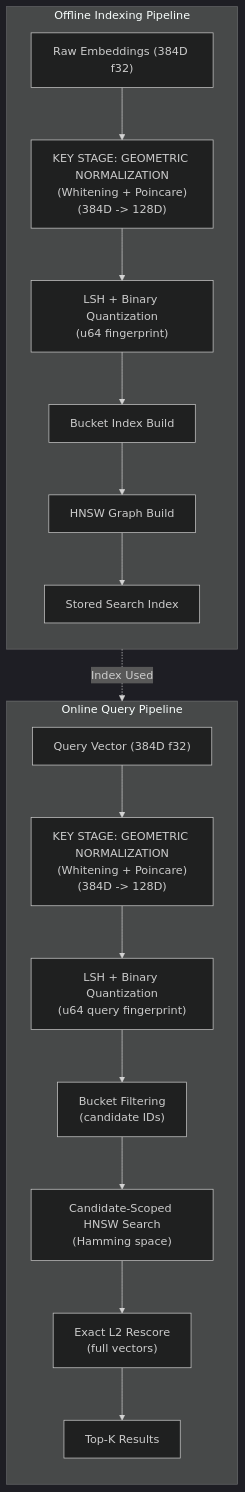
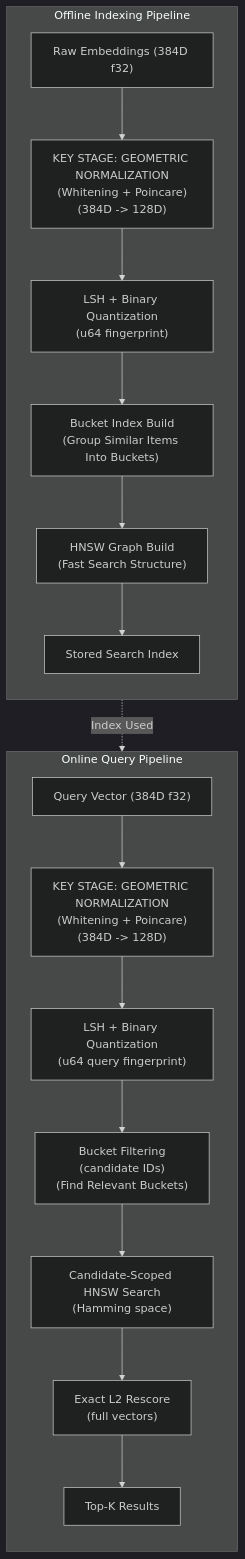
Before and after one commit to itisrohit/IsoSearch: the diagram in docs/technical_analysis.md, drawn with Mermaid (dark theme).

Commit message:
docs(technical-analysis): add IsoSearch Architecture pipeline diagram

````diff
--- a/docs/technical_analysis.md
+++ b/docs/technical_analysis.md
@@ -24,29 +24,29 @@
 ```mermaid
 flowchart TD
 
 %% OFFLINE PIPELINE (INDEX BUILD)
 subgraph OFFLINE [Offline Indexing Pipeline]
 direction TB
 A1["Raw Embeddings (384D f32)"]
 A1 --> N1["KEY STAGE: GEOMETRIC NORMALIZATION<br/>(Whitening + Poincare)<br/>(384D -> 128D)"]
 N1 --> H1["LSH + Binary Quantization<br/>(u64 fingerprint)"]
-H1 --> I1["Bucket Index Build"]
-I1 --> G1["HNSW Graph Build"]
+H1 --> I1["Bucket Index Build<br/>(Group Similar Items Into Buckets)"]
+I1 --> G1["HNSW Graph Build<br/>(Fast Search Structure)"]
 G1 --> S1["Stored Search Index"]
 end
 
 %% ONLINE PIPELINE (QUERY)
 subgraph ONLINE [Online Query Pipeline]
 direction TB
 A2["Query Vector (384D f32)"]
 A2 --> N2["KEY STAGE: GEOMETRIC NORMALIZATION<br/>(Whitening + Poincare)<br/>(384D -> 128D)"]
 N2 --> H2["LSH + Binary Quantization<br/>(u64 query fingerprint)"]
-H2 --> F2["Bucket Filtering<br/>(candidate IDs)"]
+H2 --> F2["Bucket Filtering<br/>(candidate IDs)<br/>(Find Relevant Buckets)"]
 F2 --> G2["Candidate-Scoped HNSW Search<br/>(Hamming space)"]
 G2 --> R2["Exact L2 Rescore<br/>(full vectors)"]
 R2 --> T2["Top-K Results"]
 end
 
 %% INDEX HANDOFF
 S1 -.->|"Index Used"| A2
 ```
````
